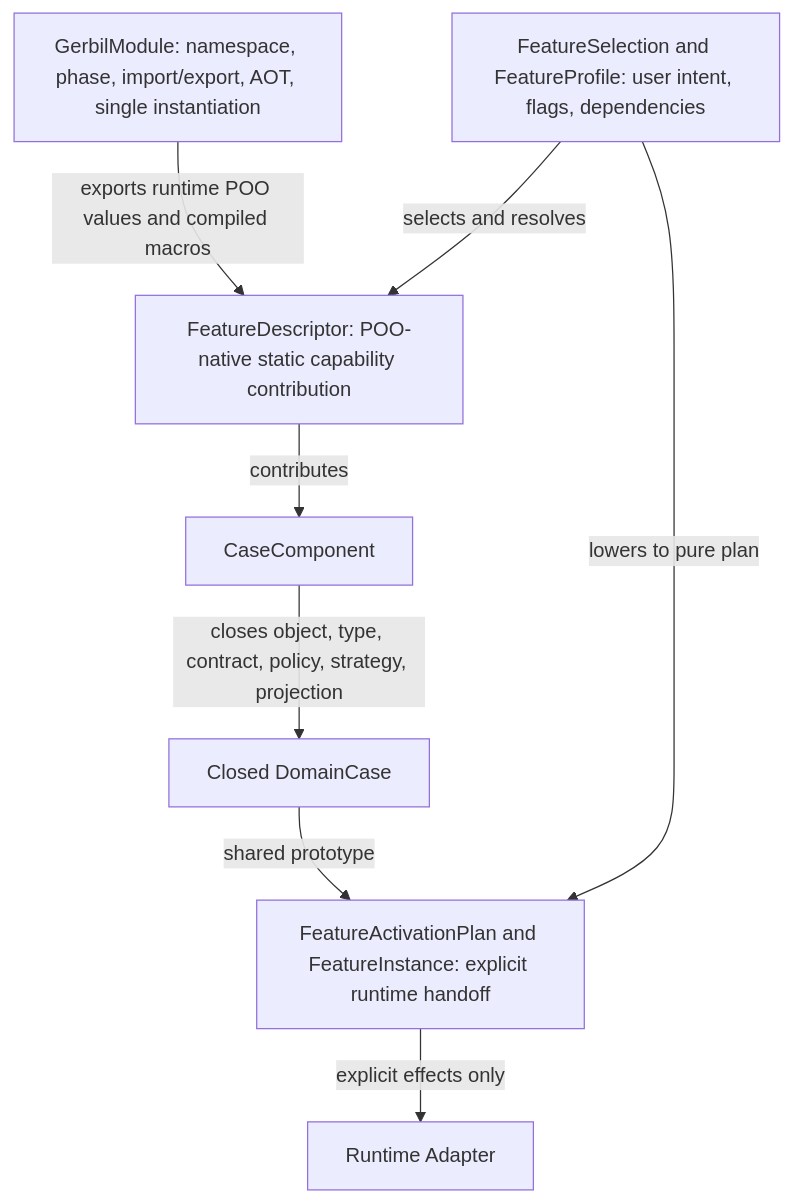
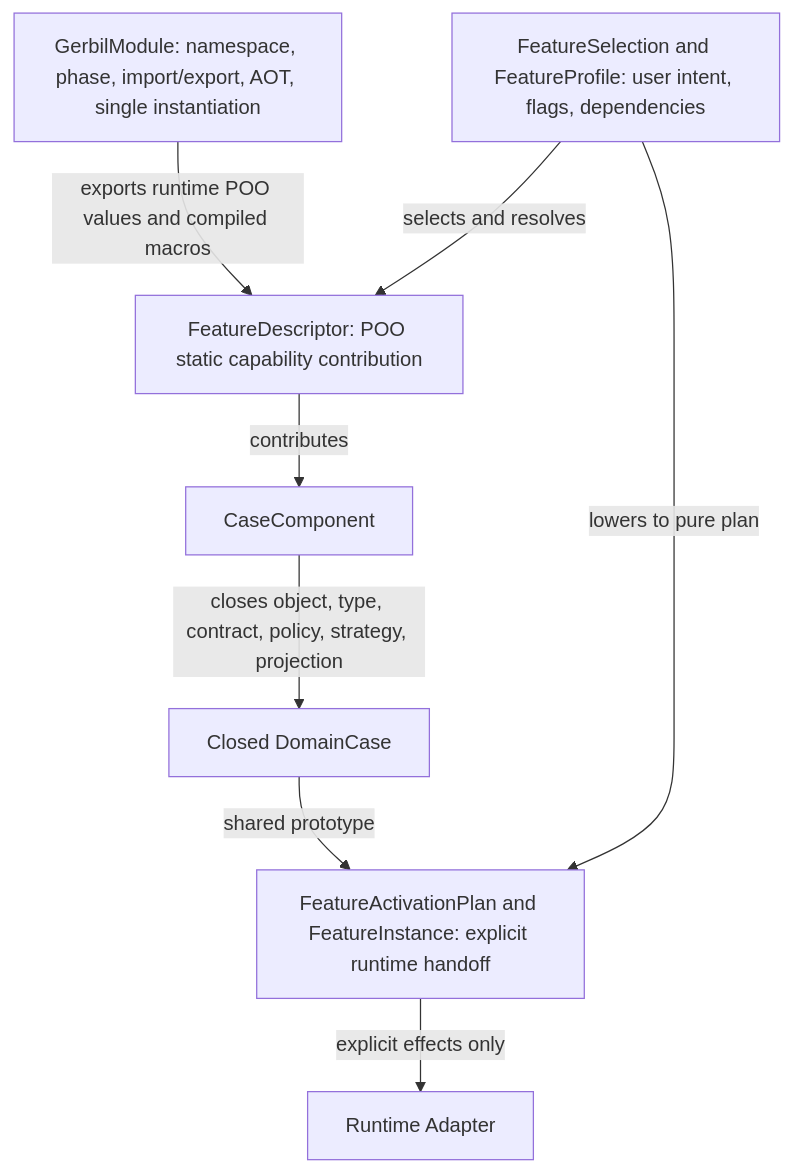
The first of 6 diagrams in module-system/design/136-gerbil-module-feature-layering.org (tao3k/gebril-yuanxu), drawn with Mermaid before and after one commit. The commit also changed other lines of this file and 1469 other files, not shown here.

```diff
--- a/module-system/design/136-gerbil-module-feature-layering.org
+++ b/module-system/design/136-gerbil-module-feature-layering.org
@@ -27,18 +27,18 @@
 #+begin_src mermaid
 flowchart TB
     GM["GerbilModule: namespace, phase, import/export, AOT, single instantiation"]
-    FD["FeatureDescriptor: POO-native static capability contribution"]
+    FD["FeatureDescriptor: POO static capability contribution"]
     FS["FeatureSelection and FeatureProfile: user intent, flags, dependencies"]
     AP["FeatureActivationPlan and FeatureInstance: explicit runtime handoff"]
     CC["CaseComponent"]
     DC["Closed DomainCase"]
     RT["Runtime Adapter"]
 
     GM -->|"exports runtime POO values and compiled macros"| FD
     FS -->|"selects and resolves"| FD
     FD -->|"contributes"| CC
     CC -->|"closes object, type, contract, policy, strategy, projection"| DC
     FS -->|"lowers to pure plan"| AP
     AP -->|"explicit effects only"| RT
     DC -->|"shared prototype"| AP
 #+end_src
```
